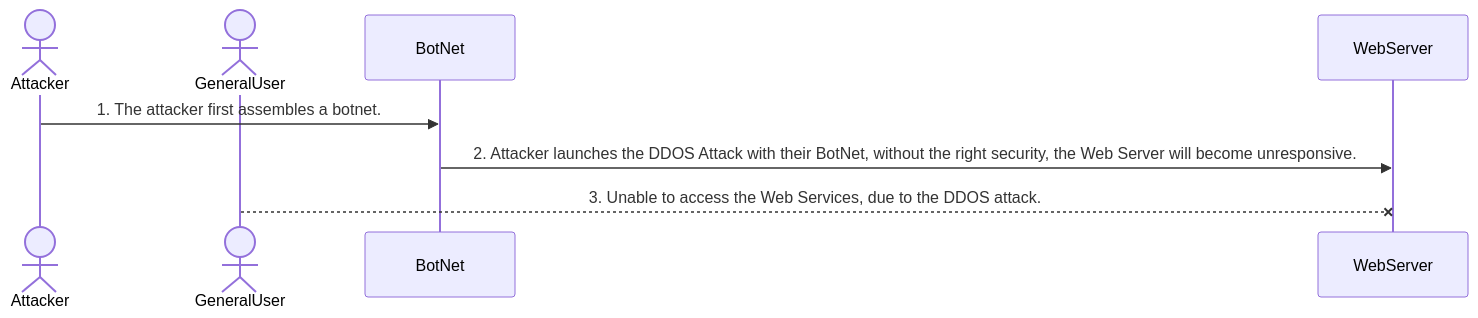
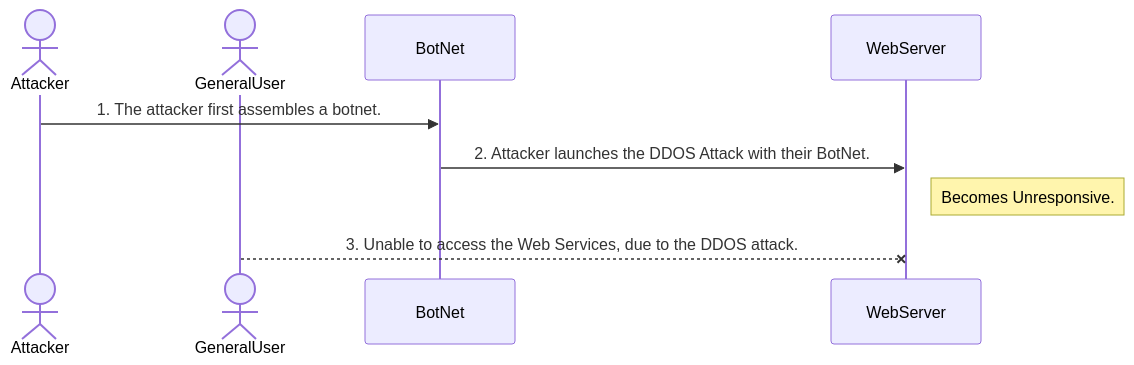
The first of 2 diagrams in README.md (lawranger/DDoS_Attack_Sequence.md), drawn with Mermaid before and after one commit. The commit also changed other lines of this file, not shown here.

````diff
--- a/README.md
+++ b/README.md
@@ -14,11 +14,12 @@
 ```mermaid
 sequenceDiagram
 Actor Attacker
 Actor GeneralUser
 participant BotNet
 participant WebServer
 
 Attacker->>BotNet: 1. The attacker first assembles a botnet.
-BotNet->>WebServer: 2. Attacker launches the DDOS Attack with their BotNet, without the right security, the Web Server will become unresponsive.
+BotNet->>WebServer: 2. Attacker launches the DDOS Attack with their BotNet.
+Note right of WebServer: Becomes Unresponsive.
 GeneralUser--xWebServer: 3. Unable to access the Web Services, due to the DDOS attack.
 ```
````
